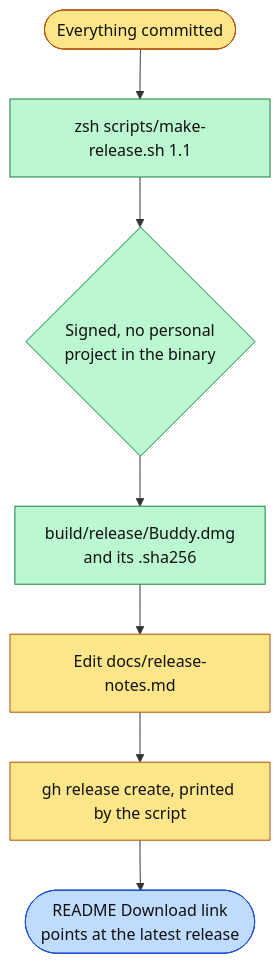
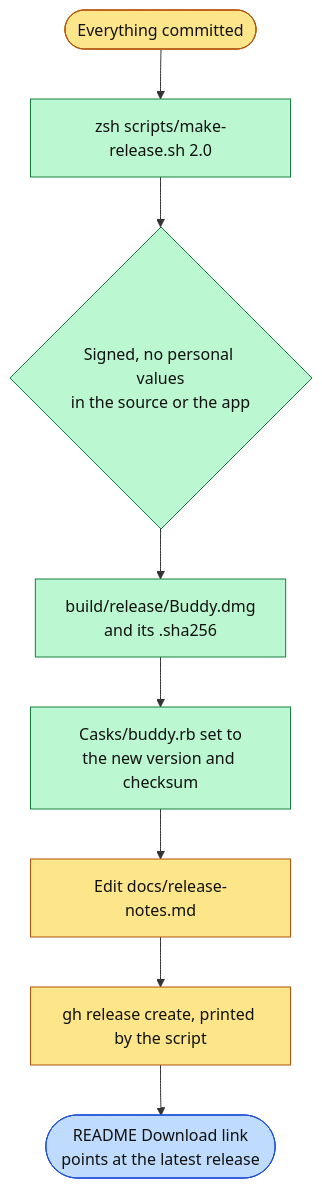
The diagram in docs/releasing.md (projects-hacks/buddy), drawn with Mermaid before and after one commit. The commit also changed other lines of this file and 5 other files, not shown here.

Commit message:
Bring the technical docs up to 2.0: how each new feature stays out of the wait, the four setup steps and later permissions, the 2.0 model decisions, the release script's checks and every script folder.

````diff
--- a/docs/releasing.md
+++ b/docs/releasing.md
@@ -5,13 +5,14 @@
 ```mermaid
 flowchart TD
-    commit([Everything committed]):::you --> build[zsh scripts/make-release.sh 1.1]:::script
-    build --> checks{Signed, no personal<br/>project in the binary}:::script
+    commit([Everything committed]):::you --> build[zsh scripts/make-release.sh 2.0]:::script
+    build --> checks{Signed, no personal values<br/>in the source or the app}:::script
     checks --> dmg[build/release/Buddy.dmg<br/>and its .sha256]:::script
-    dmg --> notes[Edit docs/release-notes.md]:::you
+    dmg --> cask[Casks/buddy.rb set to<br/>the new version and checksum]:::script
+    cask --> notes[Edit docs/release-notes.md]:::you
     notes --> publish[gh release create, printed by the script]:::you
     publish --> link([README Download link<br/>points at the latest release]):::web
 
     classDef you fill:#fde68a,stroke:#b45309,color:#111
     classDef script fill:#bbf7d0,stroke:#15803d,color:#111
     classDef web fill:#bfdbfe,stroke:#1d4ed8,color:#111
 ```
````
